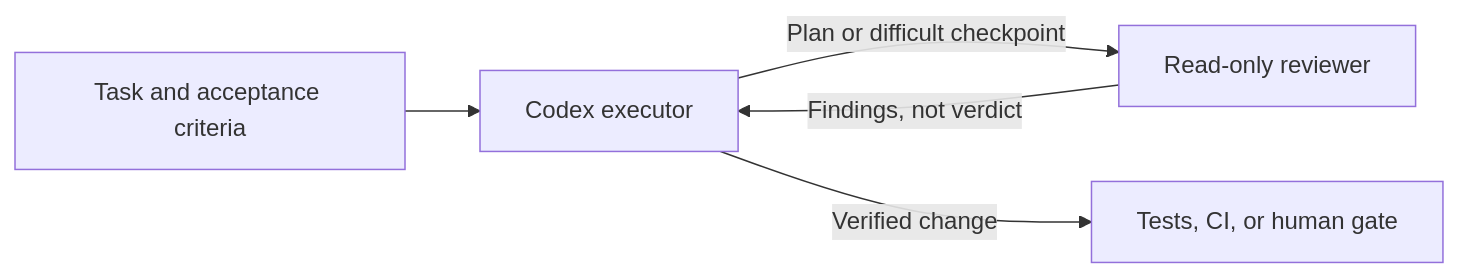
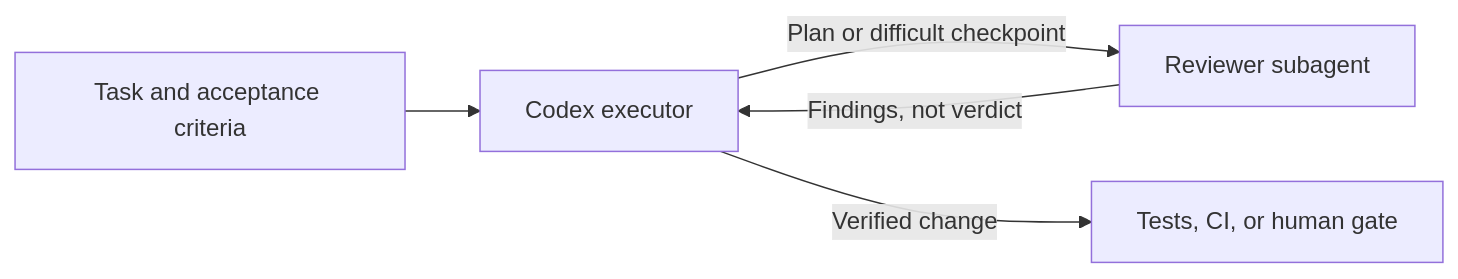
One commit to poirotw66/poirotw66.github.io changed the diagram in src/content/blog/134-codex-second-opinion-review-workflows.md. Above: the diagram before and after it, drawn with Mermaid. The commit also changed other lines of this file and 1 other file, not shown here.

First line of the commit message:
Update Codex reviewer guidance in article 134

````diff
--- a/src/content/blog/134-codex-second-opinion-review-workflows.md
+++ b/src/content/blog/134-codex-second-opinion-review-workflows.md
@@ -46,7 +46,7 @@
 ```mermaid
 flowchart LR
   T[Task and acceptance criteria] --> E[Codex executor]
-  E -->|Plan or difficult checkpoint| S[Read-only reviewer]
+  E -->|Plan or difficult checkpoint| S[Reviewer subagent]
   S -->|Findings, not verdict| E
   E -->|Verified change| V[Tests, CI, or human gate]
 ```
````
